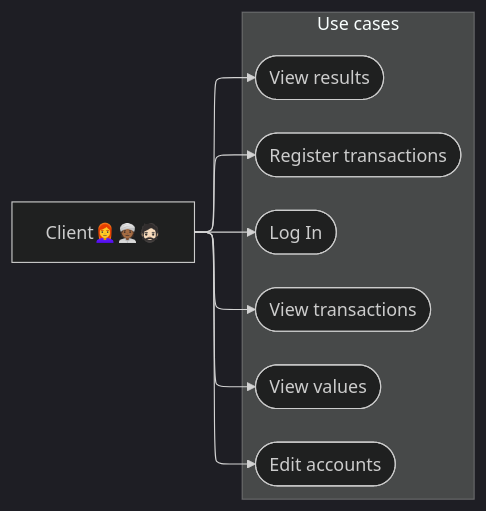
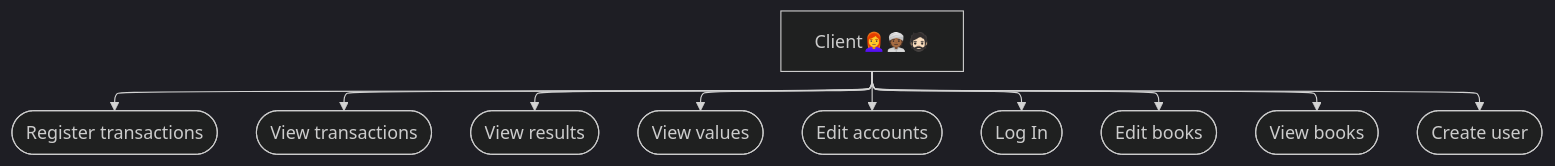
Before and after one commit to Pitossomos/webookkeep: the first of 2 diagrams in README.md, drawn with Mermaid. The commit also changed other lines of this file, not shown here.

Commit message:
docs/README: Add use cases and update TODO

````diff
--- a/README.md
+++ b/README.md
@@ -9,34 +9,38 @@
 ```mermaid
 ---
 config:
   layout: elk
   look: classic
   theme: dark
   displayMode: compact
   markdownAutoWrap: false
   elk:
     mergeEdges: true
     nodePlacementStrategy: LINEAR_SEGMENTS
   flowchart:
     htmlLabels: false
     compact: true
 ---
 
-flowchart LR
-subgraph "Use cases"
-  uc1([Register transactions])
-  uc2([View transactions])
-  uc3([View results])
-  uc4([View values])
-  uc5([Edit accounts])
-  uc6([Log In])
-end
+flowchart TD
+uc1([Register transactions])
+uc2([View transactions])
+uc3([View results])
+uc4([View values])
+uc5([Edit accounts])
+uc6([Log In])
+uc7([Edit books])
+uc8([View books])
+uc9([Create user])
 
 client[Client👩‍🦰👳🏾🧔🏻]
 client-->uc1
 client-->uc2
 client-->uc3
 client-->uc4
 client-->uc5
 client-->uc6
+client-->uc7
+client-->uc8
+client-->uc9
 ```
````
